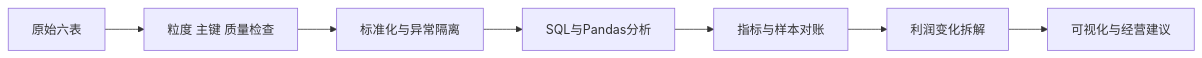
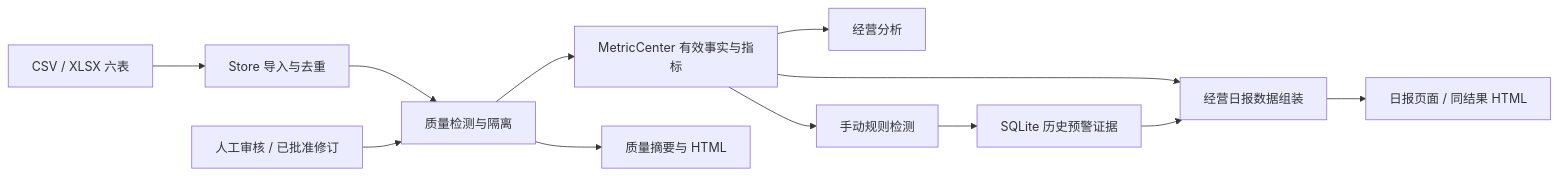
Before and after one commit to linluluhh/ecommerce-business-analysis: the diagram in README.md, drawn with Mermaid. The commit also changed other lines of this file and 91 other files, not shown here.

````diff
--- a/README.md
+++ b/README.md
@@ -37,9 +37,14 @@
 ```mermaid
 flowchart LR
-    A[原始六表] --> B[粒度 主键 质量检查]
-    B --> C[标准化与异常隔离]
-    C --> D[SQL与Pandas分析]
-    D --> E[指标与样本对账]
-    E --> F[利润变化拆解]
-    F --> G[可视化与经营建议]
+    A[CSV / XLSX 六表] --> B[Store 导入与去重]
+    B --> C[质量检测与隔离]
+    C --> D[MetricCenter 有效事实与指标]
+    E[人工审核 / 已批准修订] --> C
+    D --> F[经营分析]
+    D --> G[手动规则检测]
+    G --> H[SQLite 历史预警证据]
+    D --> I[经营日报数据组装]
+    H --> I
+    C --> J[质量摘要与 HTML]
+    I --> K[日报页面 / 同结果 HTML]
 ```
````
